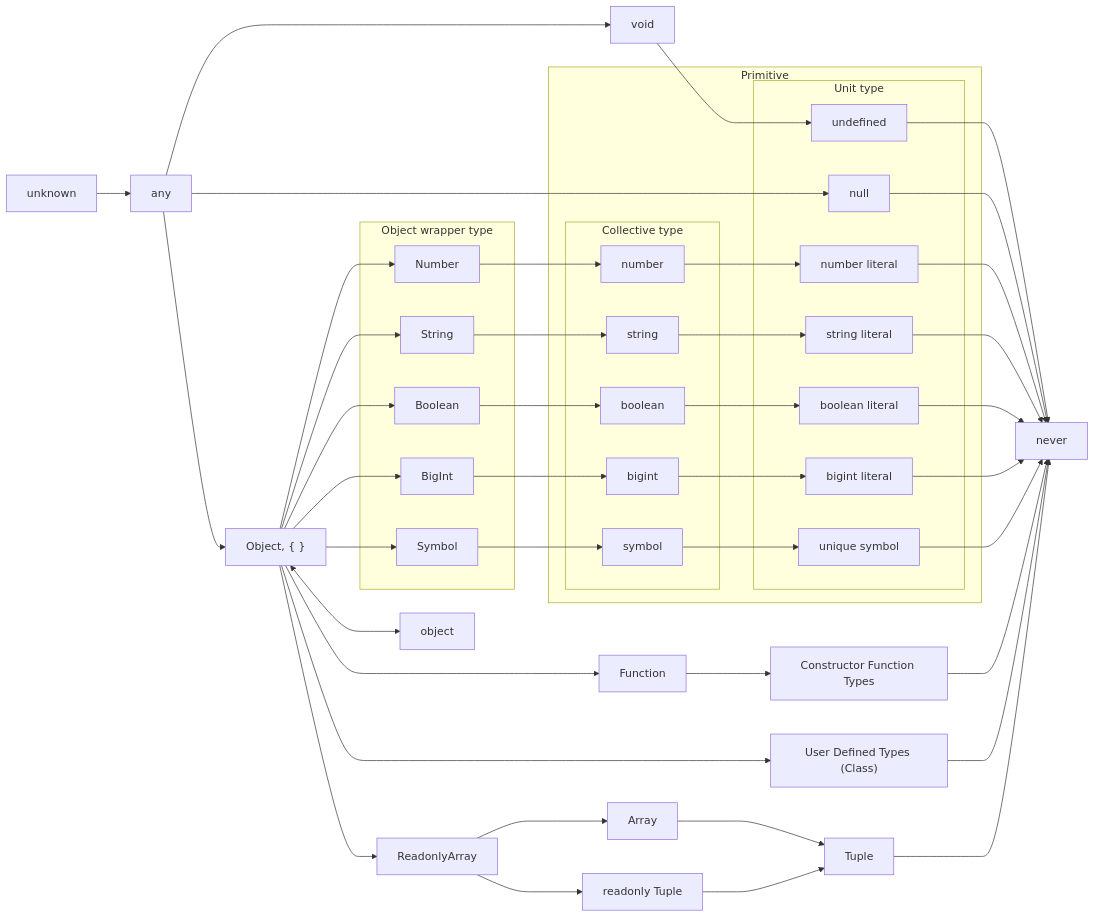
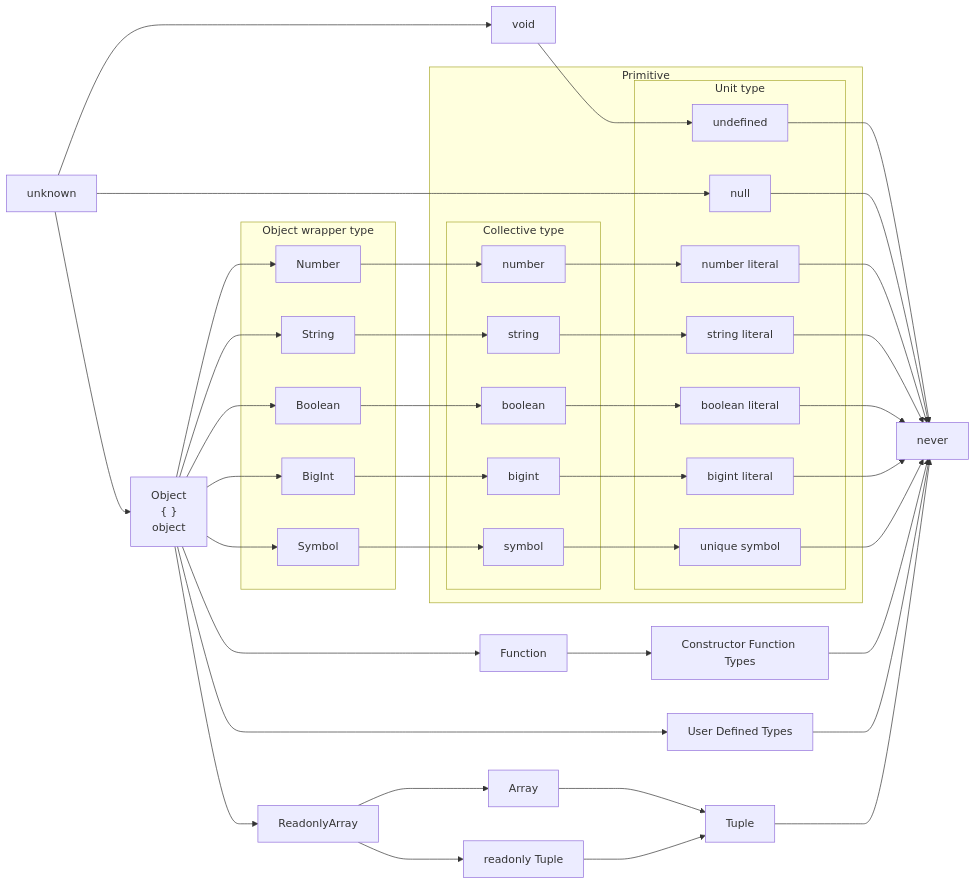
Before and after one commit to yo-goto/zenn-public-repo: the fifth of 10 diagrams in articles/typescript-type-set-hierarchy.md, drawn with Mermaid. The commit also changed other lines of this file, not shown here.

````diff
--- a/articles/typescript-type-set-hierarchy.md
+++ b/articles/typescript-type-set-hierarchy.md
@@ -631,54 +648,50 @@
 ```mermaid
 graph LR
   U[unknown]
   N[never]
-  A[any]
   V[void]
-  O["Object, { }"]
-  obj[object]
-  udt["User Defined Types (Class)"]
+  O["Object\n { }\n object"]
+  udt["User Defined Types"]
   cons["Constructor Function Types"]
-  U --> A
-  A --> V --> undefined --> N
-  A --> null --> N
-  A --> O --> Number & String & Boolean & BigInt & Symbol
+  U --> V --> undefined --> N
+  U --> null --> N
+  U --> O --> Number & String & Boolean & BigInt & Symbol
   subgraph Wrap[Object wrapper type]
     Number
     String
     Boolean
     BigInt
     Symbol
   end
   subgraph Primitive
     subgraph Unit[Unit type]
       undefined
       null
       nl[number literal]
       sl[string literal]
       bl[boolean literal]
       bil[bigint literal]
       us[unique symbol]
     end
     subgraph Col[Collective type]
       number
       string
       boolean
       bigint
       symbol
     end
     Number --> number --> nl[number literal]
     String --> string --> sl[string literal]
     Boolean --> boolean --> bl[boolean literal]
     BigInt --> bigint --> bil[bigint literal]
     Symbol --> symbol --> us[unique symbol]
   end
   nl --> N
   sl --> N
   bl --> N
   bil --> N
   us --> N
-  O <--> obj
   O --> Function --> cons --> N
   O --> udt --> N
   O --> ReadonlyArray --> Array & RT[readonly Tuple] --> Tuple --> N
 ```
````
